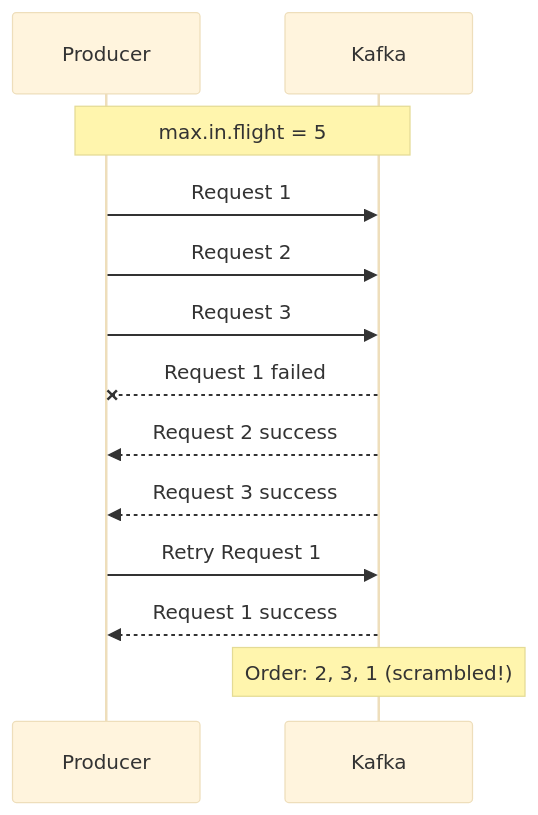
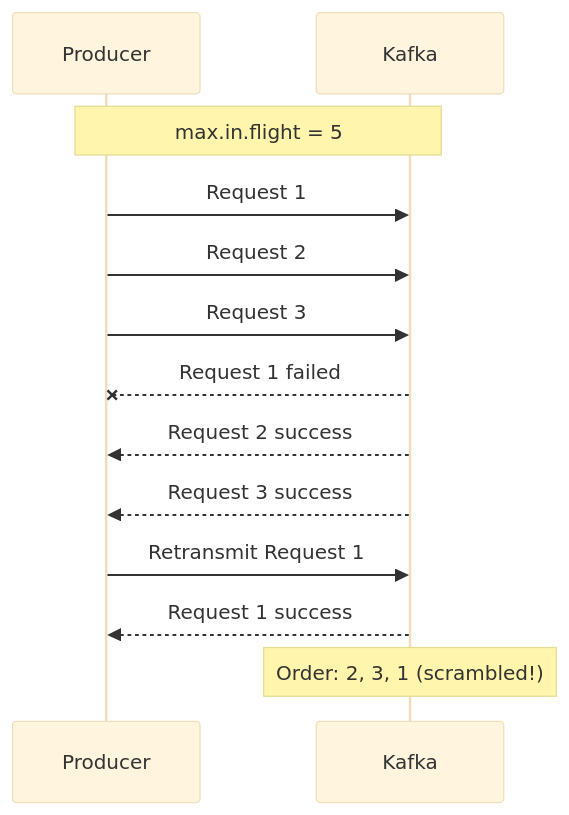
One commit to advanced-beginner/advanced-beginner.github.io changed the fourth of 4 diagrams in content/en/docs/kafka/concepts/producer-tuning.md. Above: the diagram before and after it, drawn with Mermaid (base theme). The commit also changed other lines of this file and 7 other files, not shown here.

````diff
--- a/content/en/docs/kafka/concepts/producer-tuning.md
+++ b/content/en/docs/kafka/concepts/producer-tuning.md
@@ -260,19 +191,19 @@
 ```mermaid
 sequenceDiagram
     participant P as Producer
     participant K as Kafka
 
     Note over P,K: max.in.flight = 5
     P->>K: Request 1
     P->>K: Request 2
     P->>K: Request 3
 
     K--xP: Request 1 failed
     K-->>P: Request 2 success
     K-->>P: Request 3 success
 
-    P->>K: Retry Request 1
+    P->>K: Retransmit Request 1
     K-->>P: Request 1 success
 
     Note over K: Order: 2, 3, 1 (scrambled!)
 ```
````
